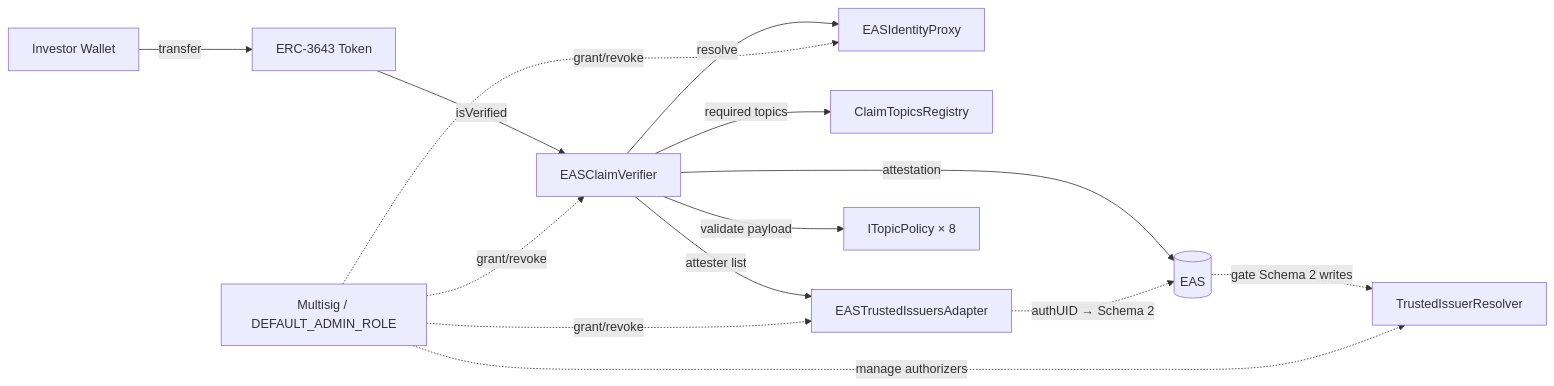
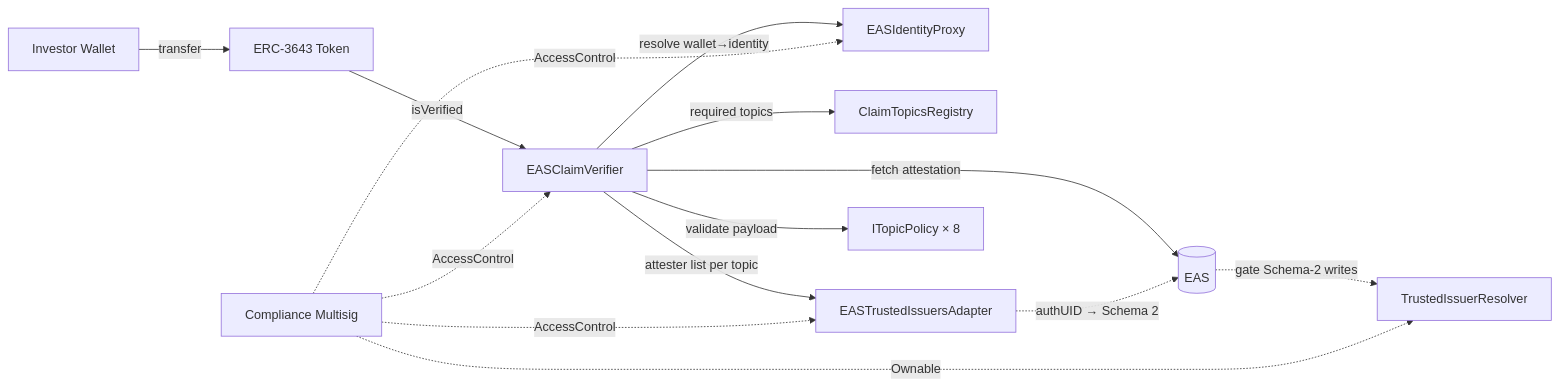
Before and after one commit to EntEthAlliance/rnd-rwa-erc3643-eas: the first of 2 diagrams in README.md, drawn with Mermaid. The commit also changed other lines of this file, not shown here.

````diff
--- a/README.md
+++ b/README.md
@@ -23,19 +60,19 @@
 ```mermaid
 flowchart LR
     Wallet[Investor Wallet] -->|transfer| Token[ERC-3643 Token]
     Token -->|isVerified| Verifier[EASClaimVerifier]
 
-    Verifier -->|resolve| Proxy[EASIdentityProxy]
+    Verifier -->|resolve wallet→identity| Proxy[EASIdentityProxy]
     Verifier -->|required topics| CTR[ClaimTopicsRegistry]
-    Verifier -->|attester list| Adapter[EASTrustedIssuersAdapter]
-    Verifier -->|attestation| EAS[(EAS)]
+    Verifier -->|attester list per topic| Adapter[EASTrustedIssuersAdapter]
+    Verifier -->|fetch attestation| EAS[(EAS)]
     Verifier -->|validate payload| Policies[ITopicPolicy × 8]
 
     Adapter -.->|authUID → Schema 2| EAS
-    EAS -.->|gate Schema 2 writes| Resolver[TrustedIssuerResolver]
+    EAS -.->|gate Schema-2 writes| Resolver[TrustedIssuerResolver]
 
-    Admin[Multisig / DEFAULT_ADMIN_ROLE] -.->|grant/revoke| Verifier
-    Admin -.->|grant/revoke| Adapter
-    Admin -.->|grant/revoke| Proxy
-    Admin -.->|manage authorizers| Resolver
+    Admin[Compliance Multisig] -.->|AccessControl| Verifier
+    Admin -.->|AccessControl| Adapter
+    Admin -.->|AccessControl| Proxy
+    Admin -.->|Ownable| Resolver
 ```
````
